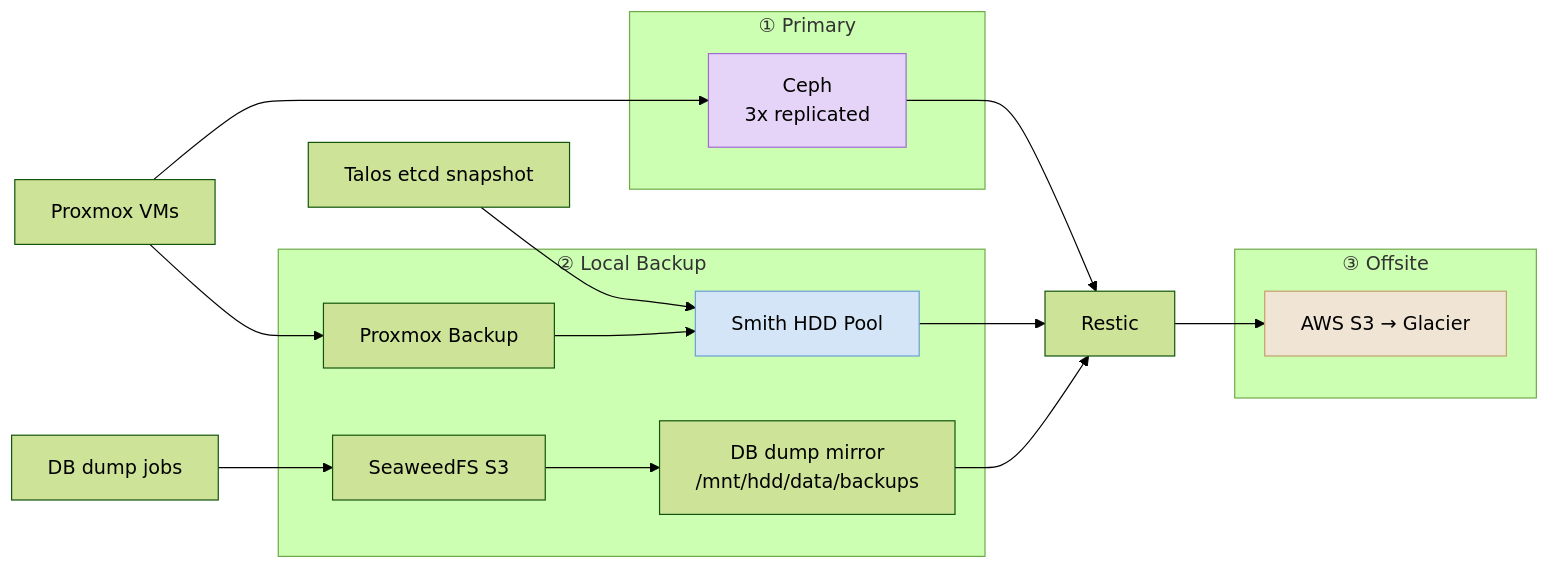
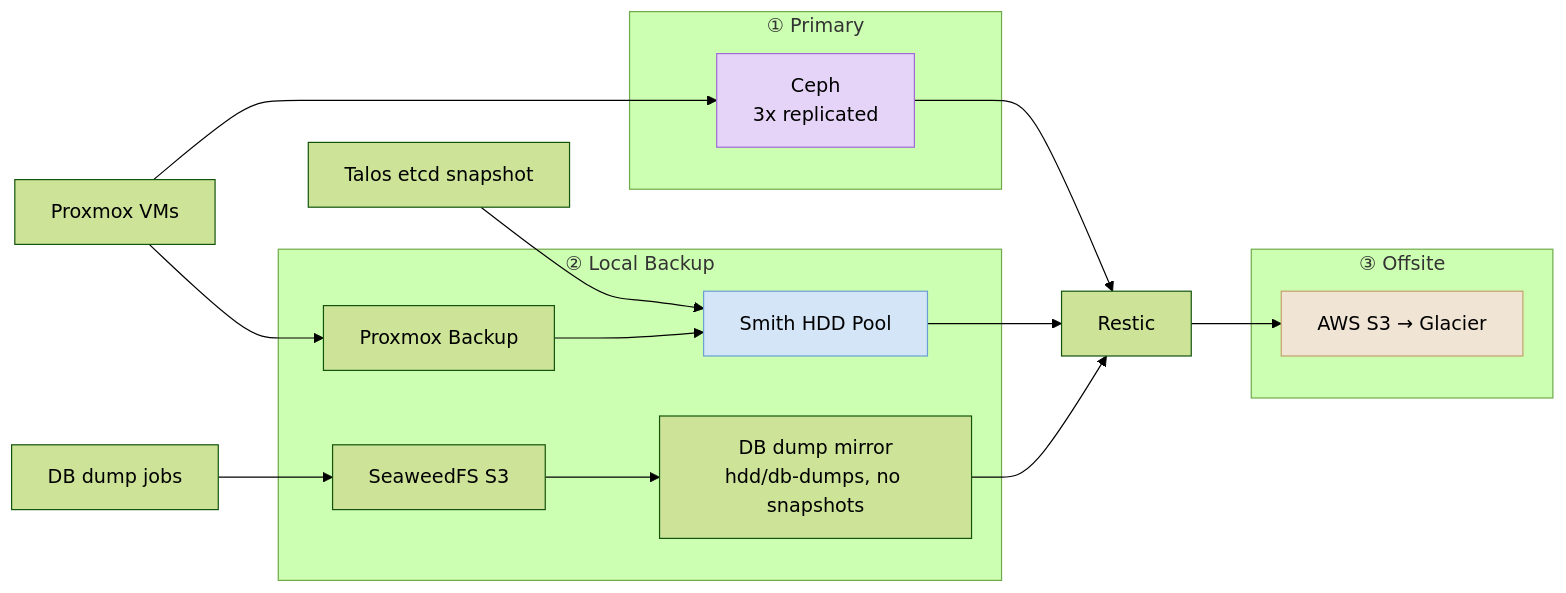
The diagram in docs/backups.md (shedrachokonofua/aether), drawn with Mermaid (forest theme) before and after one commit. The commit also changed other lines of this file and 5 other files, not shown here.

First line of the commit message:
backups: move DB dump mirror to snapshot-free hdd/db-dumps dataset

````diff
--- a/docs/backups.md
+++ b/docs/backups.md
@@ -5,32 +5,32 @@
 ```mermaid
 flowchart LR
     subgraph Copy1["① Primary"]
         Ceph[Ceph<br/>3x replicated]
     end
 
     subgraph Copy2["② Local Backup"]
         PBS[Proxmox Backup]
         HDD[Smith HDD Pool]
     Seaweed[SeaweedFS S3]
-    DumpMirror[DB dump mirror<br/>/mnt/hdd/data/backups]
+    DumpMirror[DB dump mirror<br/>hdd/db-dumps, no snapshots]
     end
 
     subgraph Copy3["③ Offsite"]
         S3[AWS S3 → Glacier]
     end
 
     VMs[Proxmox VMs] --> Ceph
     VMs --> PBS
     PBS --> HDD
     Ceph --> Restic[Restic]
     HDD --> Restic
     DBs[DB dump jobs] --> Seaweed
     Seaweed --> DumpMirror
     DumpMirror --> Restic
     Etcd[Talos etcd snapshot] --> HDD
     Restic --> S3
 
     style Ceph fill:#e5d4f7,stroke:#9f6ad4
     style HDD fill:#d4e5f7,stroke:#6a9fd4
     style S3 fill:#f0e4d4,stroke:#c4a06a
 ```
````
